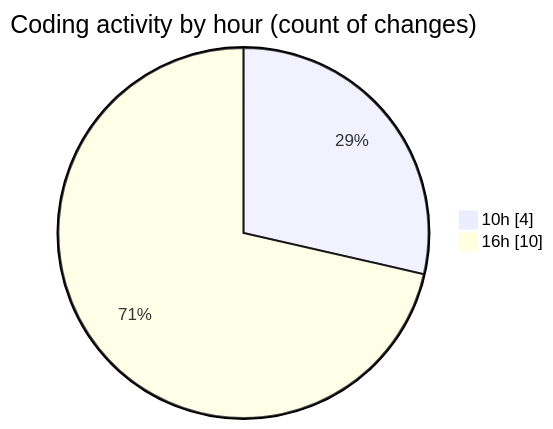
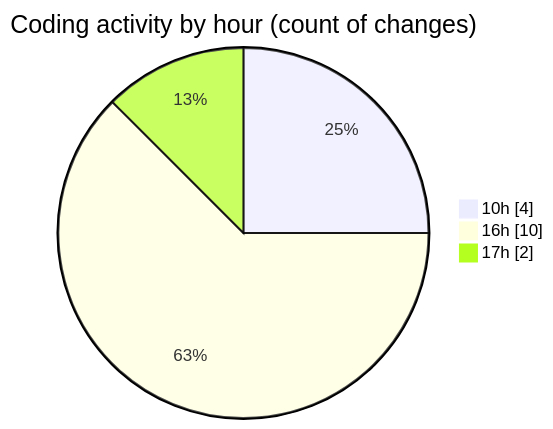
One commit to vahidmafi/code-tracking changed the second of 2 diagrams in 2025-04-17/horizon/README.md. Above: the diagram before and after it, drawn with Mermaid. The commit also changed other lines of this file and 1 other file, not shown here.

````diff
--- a/2025-04-17/horizon/README.md
+++ b/2025-04-17/horizon/README.md
@@ -29,6 +29,7 @@
 ```mermaid
 pie showData
 title Coding activity by hour (count of changes)
 "10h" : 4
 "16h" : 10
+"17h" : 2
 ```
````
